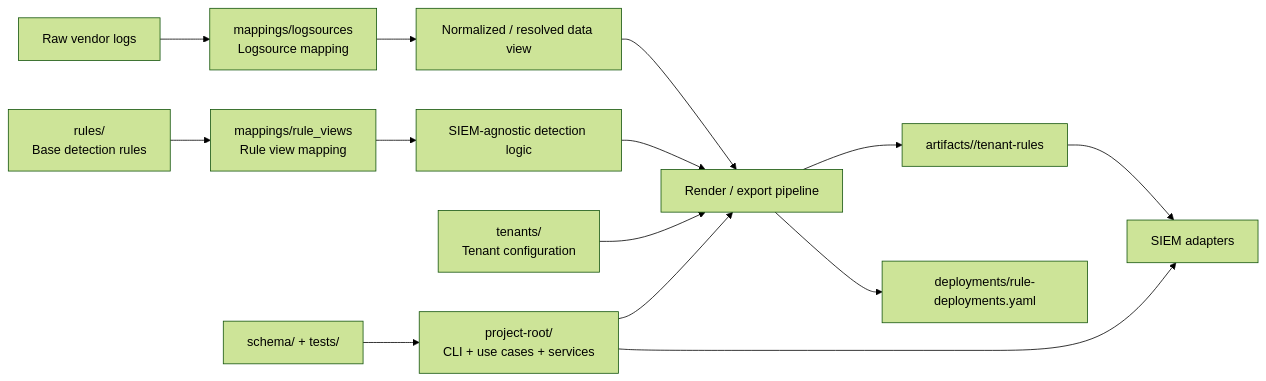
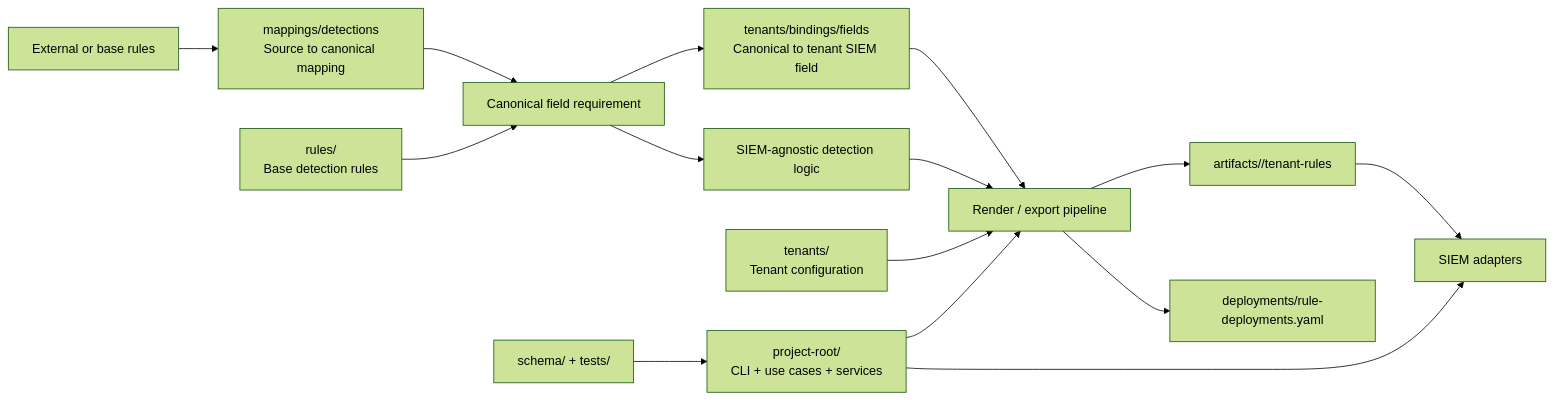
One commit to shuumaiko/SIEM-Detection-as-Code changed the first of 3 diagrams in docs/architecture/project-architecture.md. Above: the diagram before and after it, drawn with Mermaid (forest theme). The commit also changed other lines of this file and 23 other files, not shown here.

````diff
--- a/docs/architecture/project-architecture.md
+++ b/docs/architecture/project-architecture.md
@@ -68,20 +68,21 @@
 ```mermaid
 flowchart LR
-    A[Raw vendor logs] --> B[mappings/logsources\nLogsource mapping]
-    B --> C[Normalized / resolved data view]
+    A[External or base rules] --> B[mappings/detections\nSource to canonical mapping]
+    B --> C[Canonical field requirement]
+    C --> D[tenants/bindings/fields\nCanonical to tenant SIEM field]
 
-    D[rules/\nBase detection rules] --> E[mappings/rule_views\nRule view mapping]
-    E --> F[SIEM-agnostic detection logic]
+    E[rules/\nBase detection rules] --> C
+    C --> F[SIEM-agnostic detection logic]
 
     G[tenants/\nTenant configuration] --> H[Render / export pipeline]
-    C --> H
+    D --> H
     F --> H
 
     H --> I[artifacts/<tenant>/tenant-rules]
     H --> J[deployments/rule-deployments.yaml]
 
     K[project-root/\nCLI + use cases + services] --> H
     L[schema/ + tests/] --> K
     K --> M[SIEM adapters]
     I --> M
 ```
````
